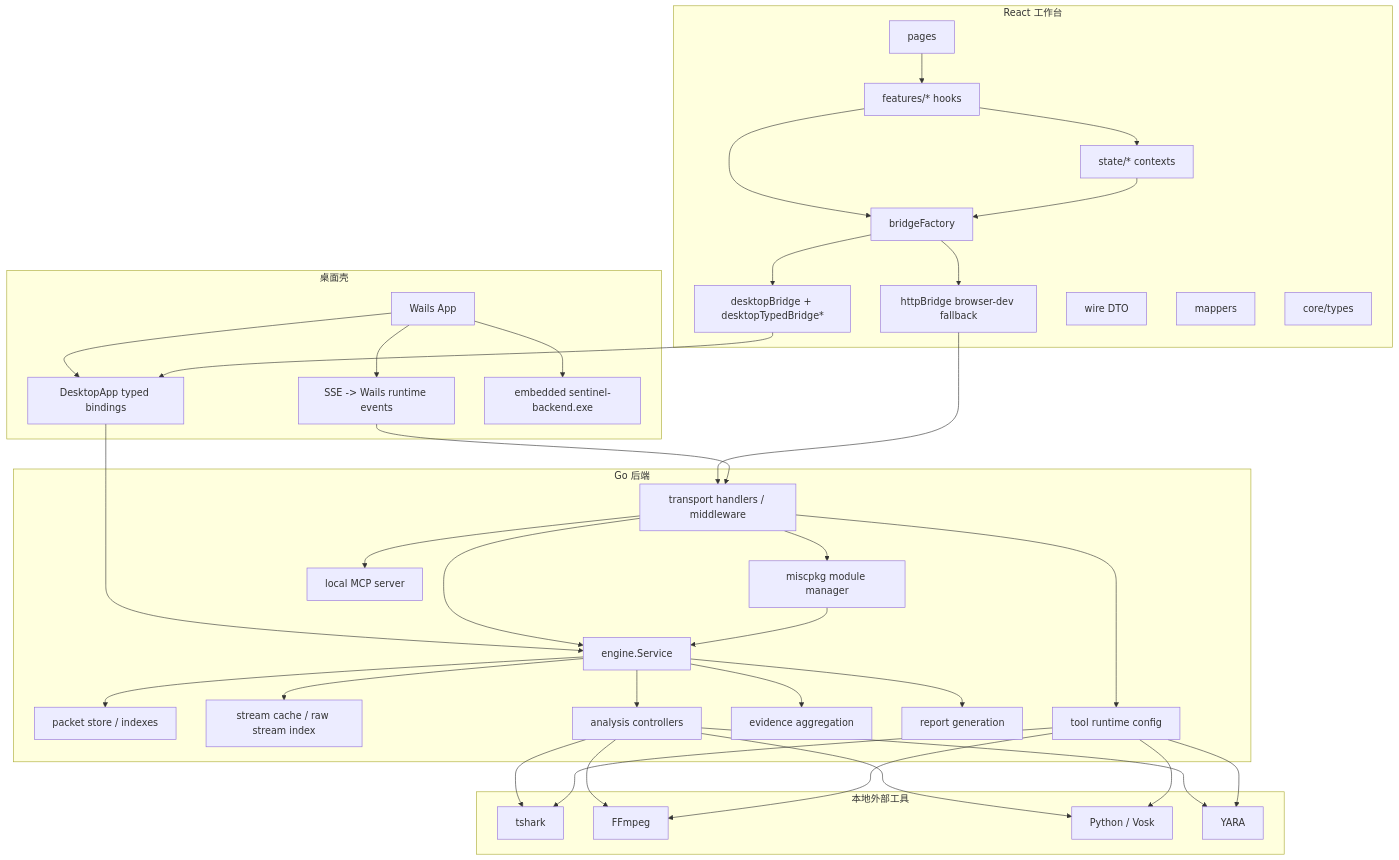
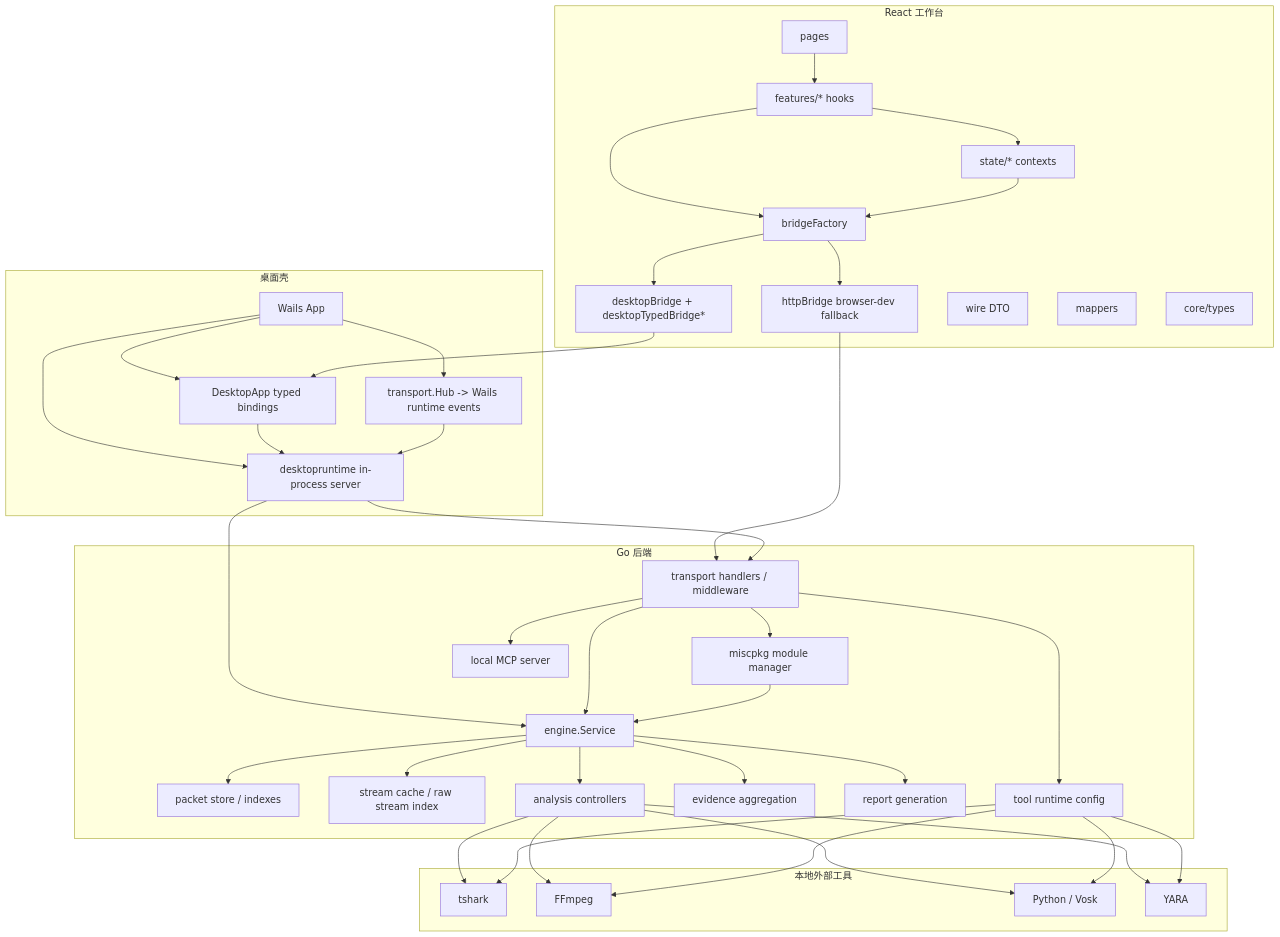
The second of 7 diagrams in docs/project-model.md (lQ-A-Ql/Gshark), drawn with Mermaid before and after one commit. The commit also changed other lines of this file and 44 other files, not shown here.

Commit message:
Migrate Wails desktop backend in-process

````diff
--- a/docs/project-model.md
+++ b/docs/project-model.md
@@ -52,74 +52,76 @@
 ```mermaid
 flowchart TD
     subgraph DesktopShell["桌面壳"]
         WailsApp["Wails App"]
         TypedBindings["DesktopApp typed bindings"]
-        EventBridge["SSE -> Wails runtime events"]
-        BackendBinary["embedded sentinel-backend.exe"]
+        EventBridge["transport.Hub -> Wails runtime events"]
+        BackendRuntime["desktopruntime in-process server"]
     end
 
     subgraph Frontend["React 工作台"]
         Pages["pages"]
         Features["features/* hooks"]
         State["state/* contexts"]
         BridgeFactory["bridgeFactory"]
         DesktopBridge["desktopBridge + desktopTypedBridge*"]
         HttpBridge["httpBridge browser-dev fallback"]
         Wire["wire DTO"]
         Mappers["mappers"]
         CoreTypes["core/types"]
     end
 
     subgraph Backend["Go 后端"]
         Transport["transport handlers / middleware"]
         Service["engine.Service"]
         PacketStore["packet store / indexes"]
         StreamCache["stream cache / raw stream index"]
         Analysis["analysis controllers"]
         Evidence["evidence aggregation"]
         Report["report generation"]
         Runtime["tool runtime config"]
         Misc["miscpkg module manager"]
         MCP["local MCP server"]
     end
 
     subgraph ExternalTools["本地外部工具"]
         TShark["tshark"]
         FFmpeg["FFmpeg"]
         PythonVosk["Python / Vosk"]
         YaraBin["YARA"]
     end
 
     WailsApp --> TypedBindings
     WailsApp --> EventBridge
-    WailsApp --> BackendBinary
+    WailsApp --> BackendRuntime
     Pages --> Features
     Features --> State
     Features --> BridgeFactory
     State --> BridgeFactory
     BridgeFactory --> DesktopBridge
     BridgeFactory --> HttpBridge
     DesktopBridge --> TypedBindings
     HttpBridge --> Transport
-    TypedBindings --> Service
-    EventBridge --> Transport
+    TypedBindings --> BackendRuntime
+    BackendRuntime --> Transport
+    BackendRuntime --> Service
+    EventBridge --> BackendRuntime
 
     Transport --> Service
     Transport --> Runtime
     Transport --> Misc
     Transport --> MCP
     Service --> PacketStore
     Service --> StreamCache
     Service --> Analysis
     Service --> Evidence
     Service --> Report
     Analysis --> TShark
     Analysis --> FFmpeg
     Analysis --> PythonVosk
     Analysis --> YaraBin
     Runtime --> TShark
     Runtime --> FFmpeg
     Runtime --> PythonVosk
     Runtime --> YaraBin
     Misc --> Service
 ```
````
